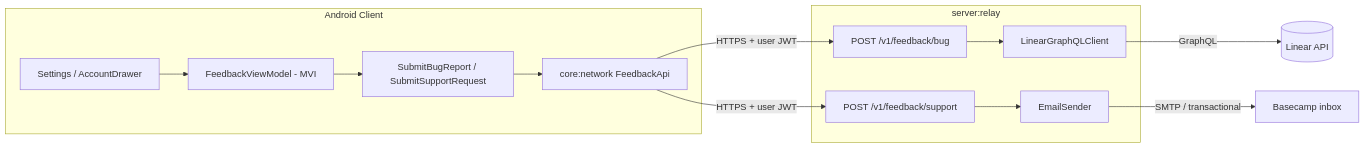
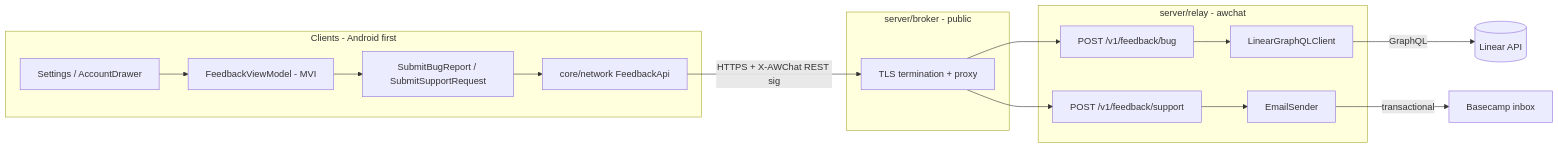
Before and after one commit to awfixers-stuff/awchat: the diagram in plans/001-support-and-bug-reporting.md, drawn with Mermaid. The commit also changed other lines of this file and 10 other files, not shown here.

````diff
--- a/plans/001-support-and-bug-reporting.md
+++ b/plans/001-support-and-bug-reporting.md
@@ -59,24 +86,29 @@
 ```mermaid
 flowchart LR
-    subgraph client [Android Client]
+    subgraph clients [Clients - Android first]
         UI[Settings / AccountDrawer]
         VM[FeedbackViewModel - MVI]
         UC[SubmitBugReport / SubmitSupportRequest]
-        NET[core:network FeedbackApi]
+        NET[core/network FeedbackApi]
         UI --> VM --> UC --> NET
     end
 
-    subgraph relay [server:relay]
+    subgraph edge [server/broker - public]
+        B[TLS termination + proxy]
+    end
+
+    subgraph relay [server/relay - awchat]
         FB["POST /v1/feedback/bug"]
         FS["POST /v1/feedback/support"]
         LIN[LinearGraphQLClient]
         SMTP[EmailSender]
         FB --> LIN
         FS --> SMTP
     end
 
-    NET -->|HTTPS + user JWT| FB
-    NET -->|HTTPS + user JWT| FS
+    NET -->|HTTPS + X-AWChat REST sig| B
+    B --> FB
+    B --> FS
     LIN -->|GraphQL| LINEAR[(Linear API)]
-    SMTP -->|SMTP / transactional| BC[Basecamp inbox]
+    SMTP -->|transactional| BC[Basecamp inbox]
 ```
````
